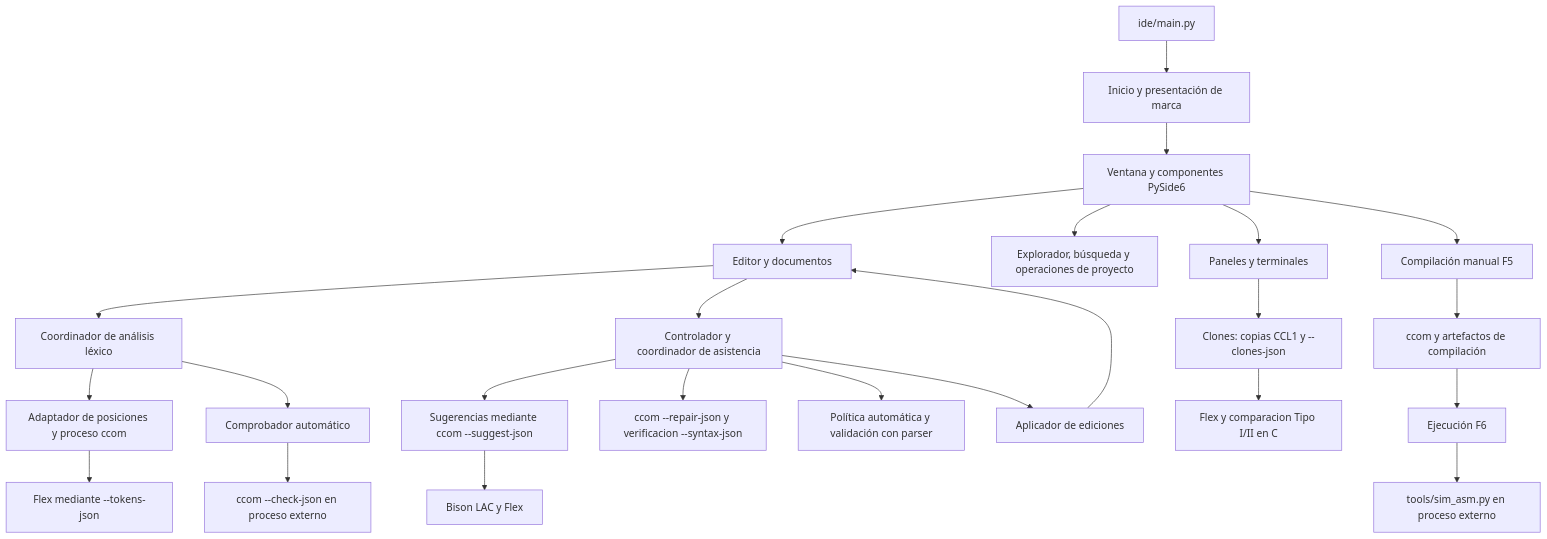
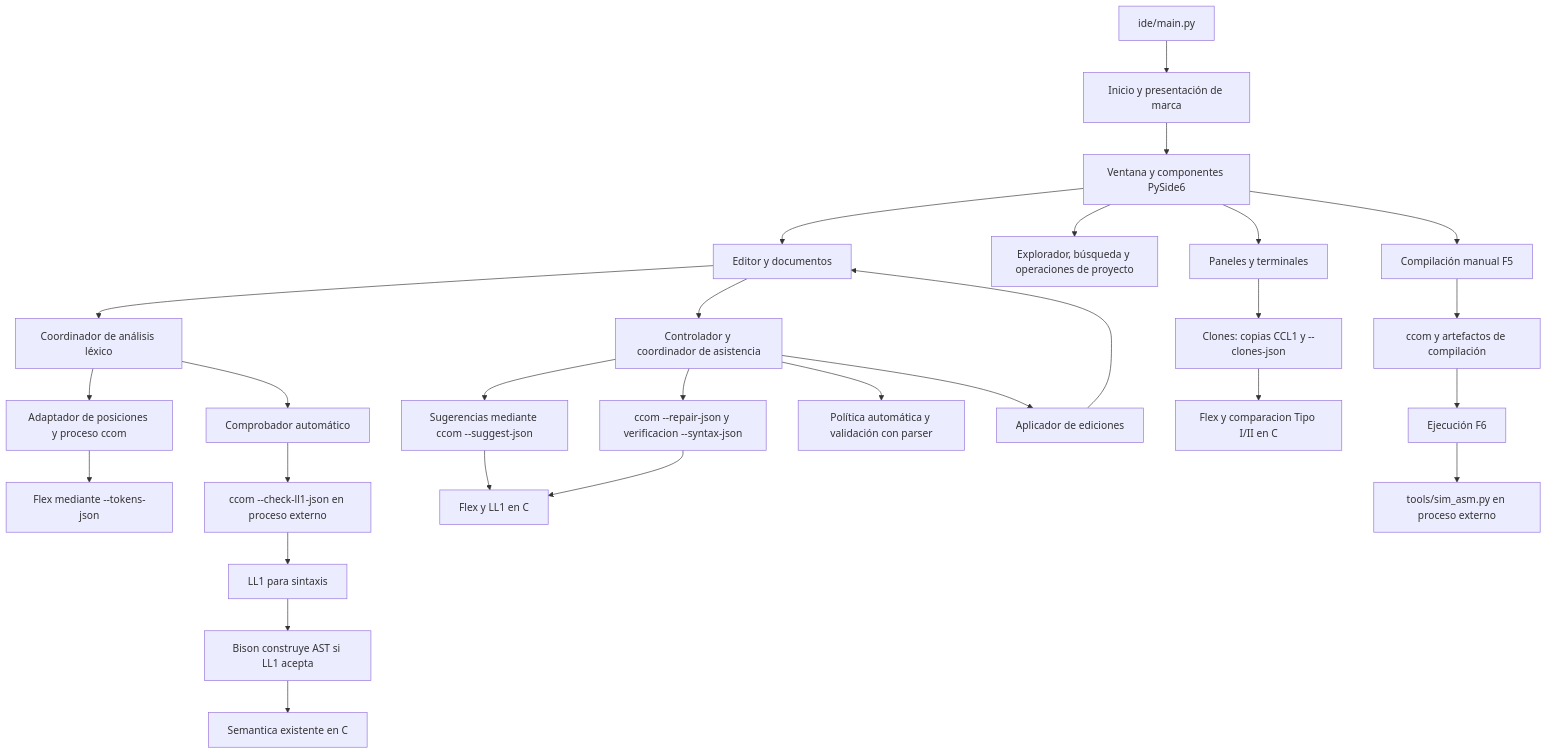
One commit to Kevnrz/calser_compiler changed the diagram in ide/docs/guia_sistema_calside.md. Above: the diagram before and after it, drawn with Mermaid. The commit also changed other lines of this file and 48 other files, not shown here.

````diff
--- a/ide/docs/guia_sistema_calside.md
+++ b/ide/docs/guia_sistema_calside.md
@@ -50,26 +51,30 @@
 ```mermaid
 flowchart TD
     MAIN[ide/main.py] --> INICIO[Inicio y presentación de marca]
     INICIO --> V[Ventana y componentes PySide6]
     V --> E[Editor y documentos]
     V --> P[Explorador, búsqueda y operaciones de proyecto]
     V --> X[Paneles y terminales]
     X --> CL[Clones: copias CCL1 y --clones-json]
     CL --> CF[Flex y comparacion Tipo I/II en C]
     E --> L[Coordinador de análisis léxico]
     L --> A[Adaptador de posiciones y proceso ccom]
     A --> N[Flex mediante --tokens-json]
     L --> C[Comprobador automático]
-    C --> CC[ccom --check-json en proceso externo]
+    C --> CC[ccom --check-ll1-json en proceso externo]
+    CC --> LP[LL1 para sintaxis]
+    LP --> AST[Bison construye AST si LL1 acepta]
+    AST --> SEM[Semantica existente en C]
     V --> F[Compilación manual F5]
     F --> CB[ccom y artefactos de compilación]
     CB --> R[Ejecución F6]
     R --> S[tools/sim_asm.py en proceso externo]
     E --> AS[Controlador y coordinador de asistencia]
     AS --> MS[Sugerencias mediante ccom --suggest-json]
-    MS --> BP[Bison LAC y Flex]
+    MS --> BP[Flex y LL1 en C]
     AS --> RP[ccom --repair-json y verificacion --syntax-json]
+    RP --> BP
     AS --> PA[Política automática y validación con parser]
     AS --> ED[Aplicador de ediciones]
     ED --> E
 ```
````
